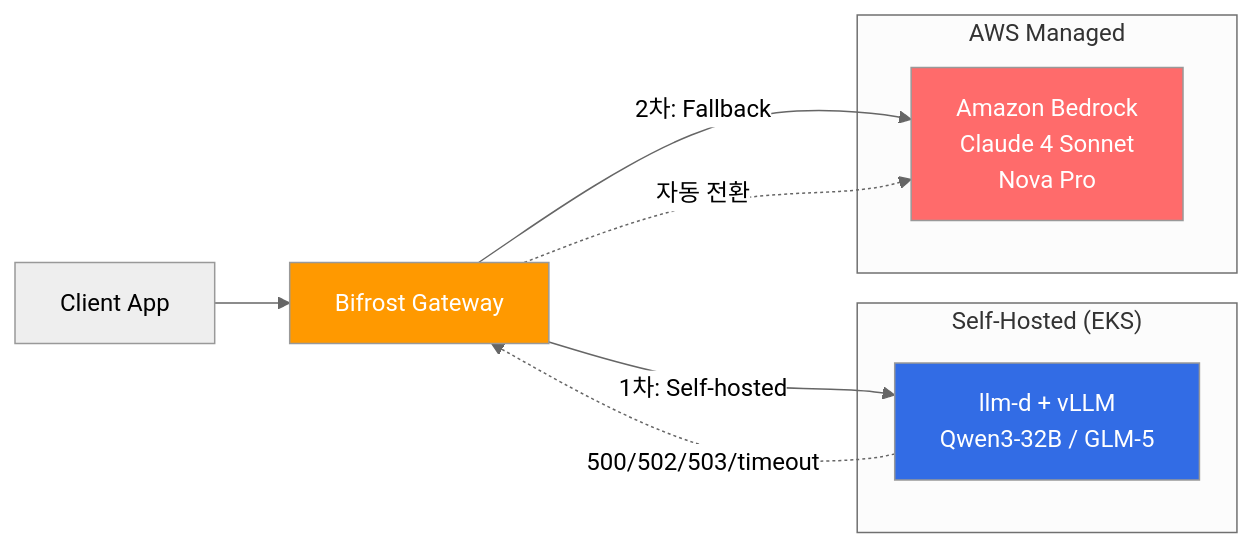
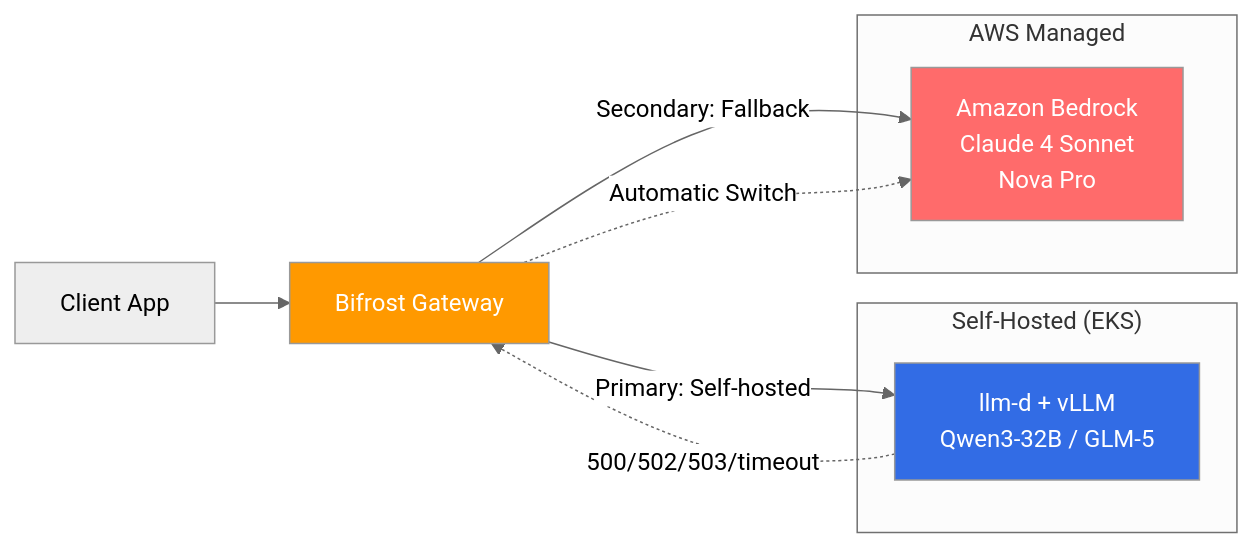
The third of 4 diagrams in i18n/en/docusaurus-plugin-content-docs/current/agentic-ai-platform/model-serving/inference-optimization/cost-optimization.md (devfloor9/engineering-playbook), drawn with Mermaid (neutral theme) before and after one commit. The commit also changed other lines of this file and 72 other files, not shown here.

````diff
--- a/i18n/en/docusaurus-plugin-content-docs/current/agentic-ai-platform/model-serving/inference-optimization/cost-optimization.md
+++ b/i18n/en/docusaurus-plugin-content-docs/current/agentic-ai-platform/model-serving/inference-optimization/cost-optimization.md
@@ -216,22 +216,22 @@
 ```mermaid
 flowchart LR
     C[Client App] --> BF[Bifrost Gateway]
 
     subgraph SelfHosted["Self-Hosted (EKS)"]
         LLMD[llm-d + vLLM<br/>Qwen3-32B / GLM-5]
     end
 
     subgraph Managed["AWS Managed"]
         BR[Amazon Bedrock<br/>Claude 4 Sonnet<br/>Nova Pro]
     end
 
-    BF -->|"1차: Self-hosted"| LLMD
-    BF -->|"2차: Fallback"| BR
+    BF -->|"Primary: Self-hosted"| LLMD
+    BF -->|"Secondary: Fallback"| BR
 
     LLMD -.->|"500/502/503/timeout"| BF
-    BF -.->|"자동 전환"| BR
+    BF -.->|"Automatic Switch"| BR
 
     style BF fill:#ff9900,color:#fff
     style LLMD fill:#326ce5,color:#fff
     style BR fill:#ff6b6b,color:#fff
 ```
````
